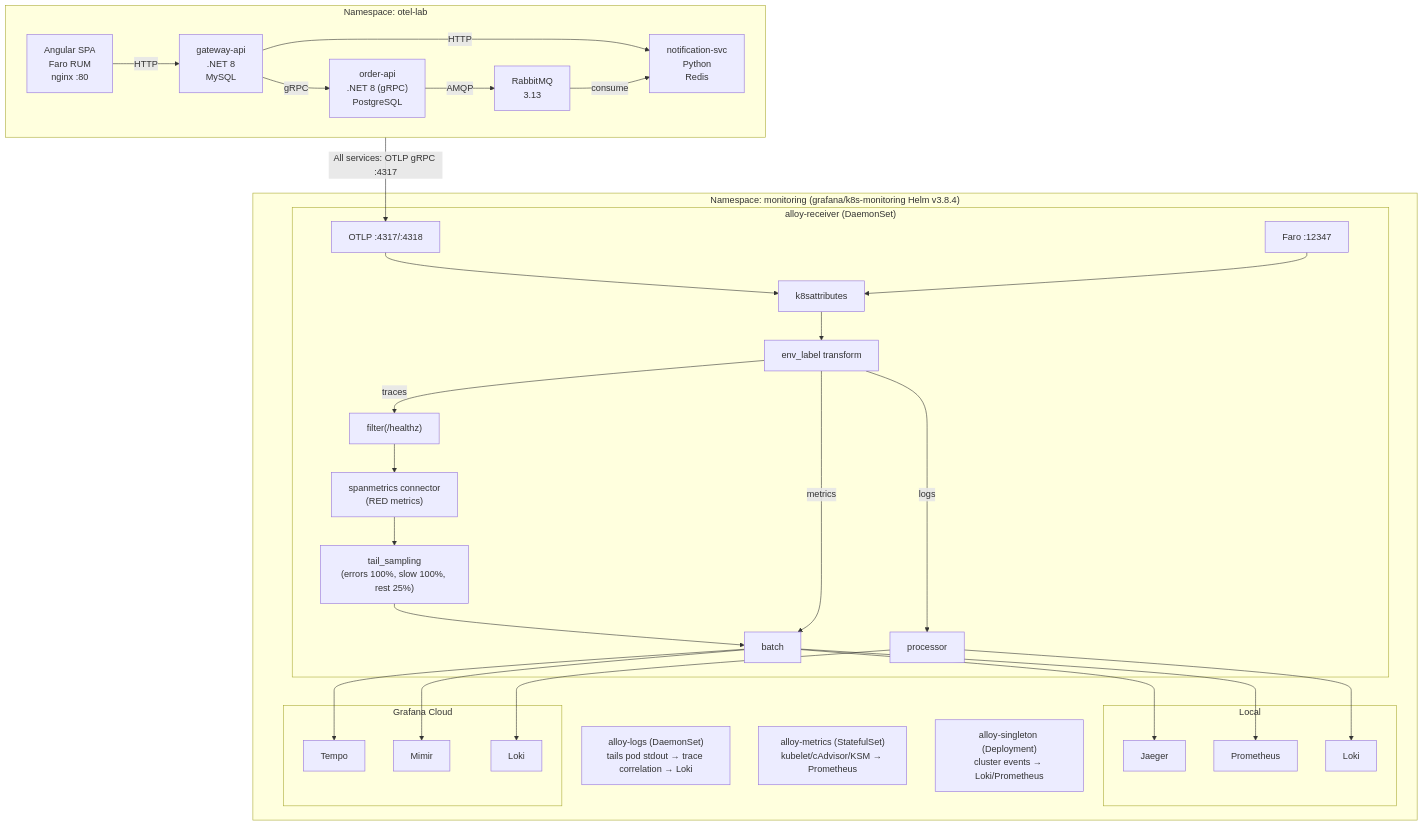
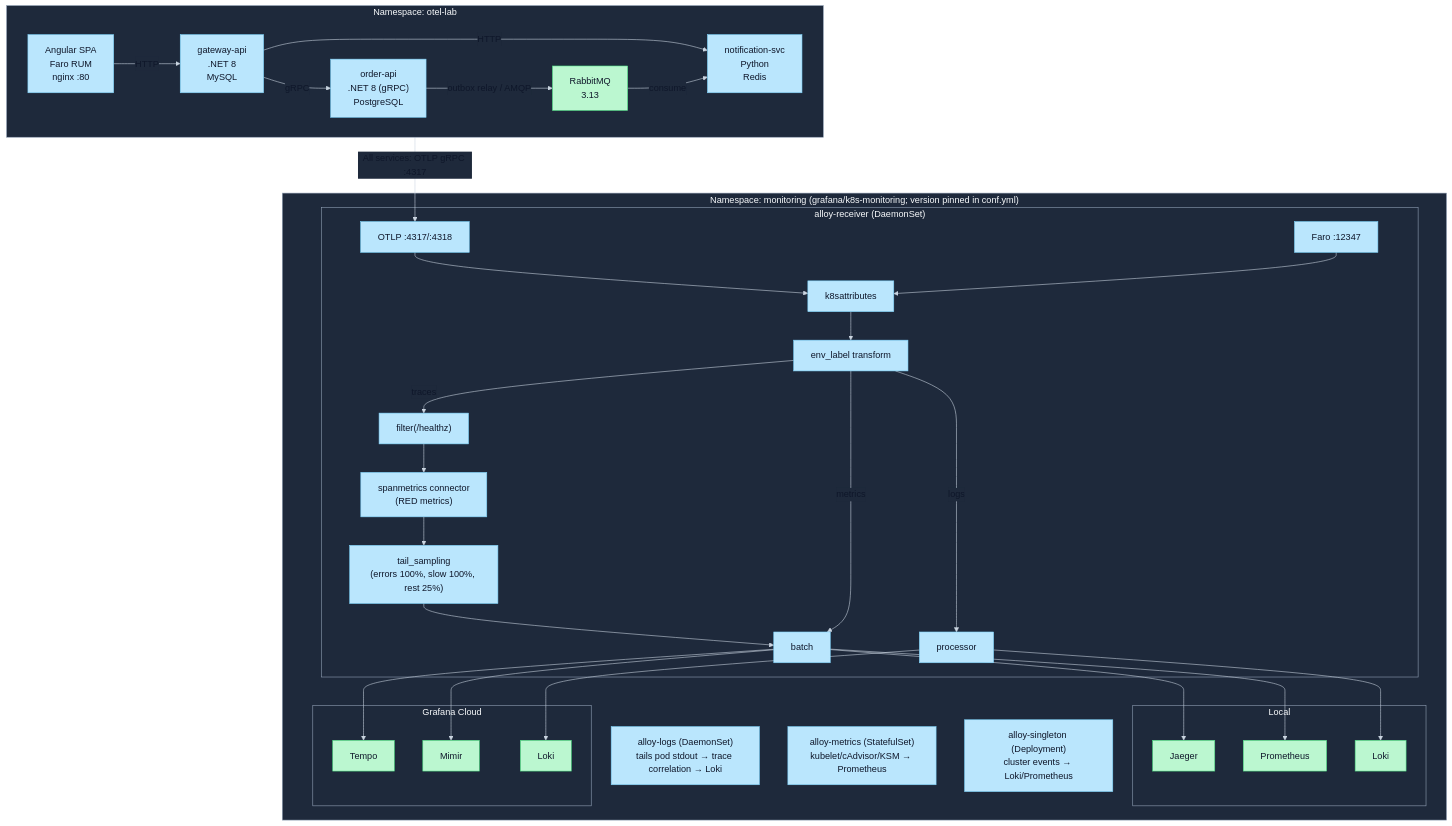
One commit to shipsolid/signal-forge changed the first of 6 diagrams in docs/architecture/overview.md. Above: the diagram before and after it, drawn with Mermaid. The commit also changed other lines of this file and 26 other files, not shown here.

````diff
--- a/docs/architecture/overview.md
+++ b/docs/architecture/overview.md
@@ -22,61 +22,66 @@
 ```mermaid
+%%{init: {'theme':'base','themeVariables':{'background':'#0f172a','primaryColor':'#bae6fd','primaryTextColor':'#0f172a','primaryBorderColor':'#7dd3fc','secondaryColor':'#bbf7d0','tertiaryColor':'#fde68a','lineColor':'#cbd5e1','clusterBkg':'#1e293b','clusterBorder':'#94a3b8','titleColor':'#f8fafc','edgeLabelBackground':'#1e293b'}}}%%
 flowchart TD
     subgraph otelns["Namespace: otel-lab"]
         spa["Angular SPA<br/>Faro RUM<br/>nginx :80"]
         gw["gateway-api<br/>.NET 8<br/>MySQL"]
         oa["order-api<br/>.NET 8 (gRPC)<br/>PostgreSQL"]
         ns["notification-svc<br/>Python<br/>Redis"]
         rmq["RabbitMQ<br/>3.13"]
 
         spa -- HTTP --> gw
         gw -- gRPC --> oa
         gw -- HTTP --> ns
-        oa -- AMQP --> rmq
+        oa -- "outbox relay / AMQP" --> rmq
         rmq -- consume --> ns
     end
 
-    subgraph monns["Namespace: monitoring (grafana/k8s-monitoring Helm v3.8.4)"]
+    subgraph monns["Namespace: monitoring (grafana/k8s-monitoring; version pinned in conf.yml)"]
         subgraph alloyrecv["alloy-receiver (DaemonSet)"]
             otlp["OTLP :4317/:4318"]
             faro["Faro :12347"]
             k8sattr["k8sattributes"]
             transform["env_label transform"]
             filterhz["filter(/healthz)"]
             spanm["spanmetrics connector<br/>(RED metrics)"]
             tail["tail_sampling<br/>(errors 100%, slow 100%, rest 25%)"]
             batchp["batch"]
             proc["processor"]
 
             otlp --> k8sattr
             faro --> k8sattr
             k8sattr --> transform
             transform -- traces --> filterhz --> spanm --> tail --> batchp
             transform -- metrics --> batchp
             transform -- logs --> proc
         end
 
         subgraph localb["Local"]
             jaegerL["Jaeger"]
             promL["Prometheus"]
             lokiL["Loki"]
         end
         subgraph cloudb["Grafana Cloud"]
             tempoC["Tempo"]
             mimirC["Mimir"]
             lokiC["Loki"]
         end
 
         batchp --> jaegerL
         batchp --> tempoC
         batchp --> promL
         batchp --> mimirC
         proc --> lokiL
         proc --> lokiC
 
         alogs["alloy-logs (DaemonSet)<br/>tails pod stdout → trace correlation → Loki"]
         amet["alloy-metrics (StatefulSet)<br/>kubelet/cAdvisor/KSM → Prometheus"]
         asing["alloy-singleton (Deployment)<br/>cluster events → Loki/Prometheus"]
     end
 
     otelns -- "All services: OTLP gRPC :4317" --> otlp
+    classDef app fill:#bae6fd,stroke:#7dd3fc,color:#0f172a;
+    classDef data fill:#bbf7d0,stroke:#4ade80,color:#0f172a;
+    class spa,gw,oa,ns,otlp,faro,k8sattr,transform,filterhz,spanm,tail,batchp,proc,alogs,amet,asing app;
+    class rmq,jaegerL,promL,lokiL,tempoC,mimirC,lokiC data;
 ```
````
